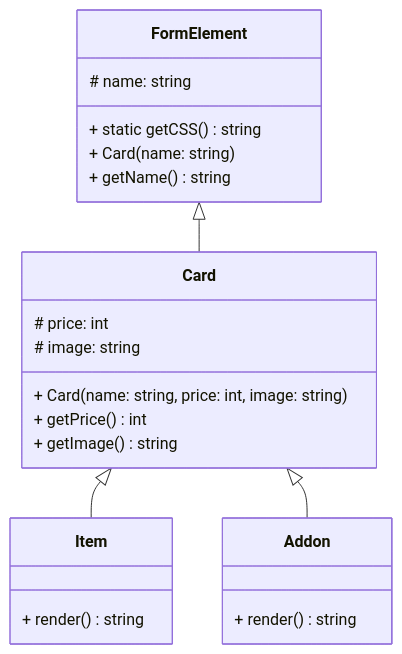
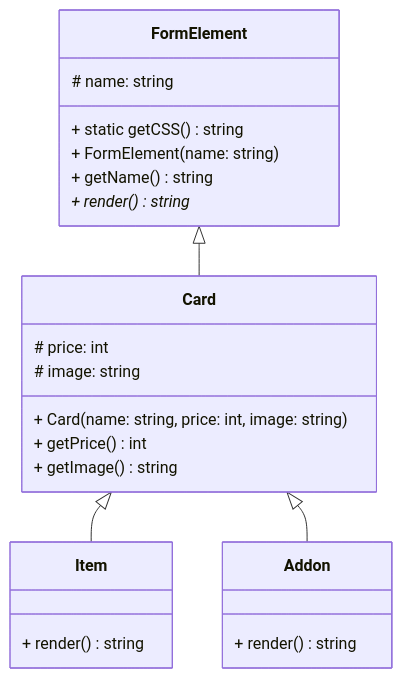
Before and after one commit to AlexandrAnatoliev/send-invoice: the diagram in README.md, drawn with Mermaid.

Commit message:
fix(README): check by deepseek

````diff
--- a/README.md
+++ b/README.md
@@ -81,31 +81,32 @@
 ```mermaid
 classDiagram
   
   class FormElement {
     # name: string
     + static getCSS() string
-    + Card(name: string)
+    + FormElement(name: string)
     + getName() string
+    + render() string*
   }
 
   class Card {
     # price: int
     # image: string
     + Card(name: string, price: int, image: string)
     + getPrice() int
     + getImage() string
   }
 
   class Item {
     + render() string
   }
 
   class Addon {
     + render() string
   }
 
   FormElement  <|-- Card
   Card <|-- Item
   Card <|-- Addon
 
 ```
````
